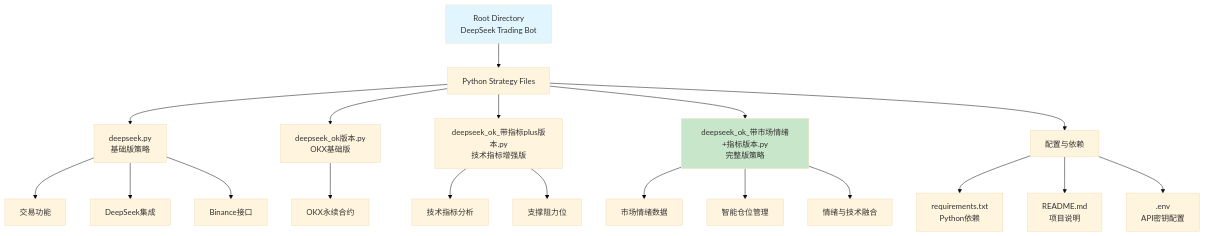
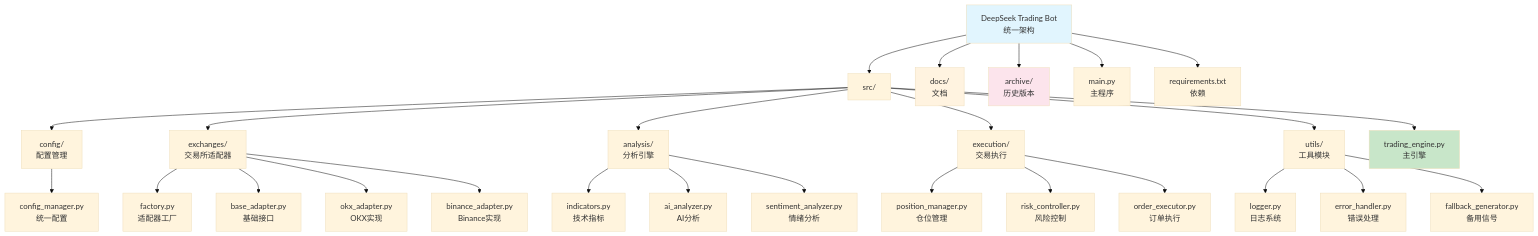
The diagram in CLAUDE.md (XYW110/ds), drawn with Mermaid (base theme) before and after one commit. The commit also changed other lines of this file and 1 other file, not shown here.

````diff
--- a/CLAUDE.md
+++ b/CLAUDE.md
@@ -23,25 +20,35 @@
 ```mermaid
 graph TD
-    A[Root Directory<br/>DeepSeek Trading Bot] --> B[Python Strategy Files]
-    B --> C[deepseek.py<br/>基础版策略]
-    B --> D[deepseek_ok版本.py<br/>OKX基础版]
-    B --> E[deepseek_ok_带指标plus版本.py<br/>技术指标增强版]
-    B --> F[deepseek_ok_带市场情绪+指标版本.py<br/>完整版策略]
-    B --> G[配置与依赖]
-    G --> H[requirements.txt<br/>Python依赖]
-    G --> I[README.md<br/>项目说明]
-    G --> J[.env<br/>API密钥配置]
+    A[DeepSeek Trading Bot<br/>统一架构] --> B[src/]
+    B --> C[config/<br/>配置管理]
+    B --> D[exchanges/<br/>交易所适配器]
+    B --> E[analysis/<br/>分析引擎]
+    B --> F[execution/<br/>交易执行]
+    B --> G[utils/<br/>工具模块]
+    B --> H[trading_engine.py<br/>主引擎]
 
-    C --> K[交易功能]
-    C --> L[DeepSeek集成]
-    C --> M[Binance接口]
-    D --> N[OKX永续合约]
-    E --> O[技术指标分析]
-    E --> P[支撑阻力位]
-    F --> Q[市场情绪数据]
-    F --> R[智能仓位管理]
-    F --> S[情绪与技术融合]
+    C --> C1[config_manager.py<br/>统一配置]
+    D --> D1[factory.py<br/>适配器工厂]
+    D --> D2[base_adapter.py<br/>基础接口]
+    D --> D3[okx_adapter.py<br/>OKX实现]
+    D --> D4[binance_adapter.py<br/>Binance实现]
+    E --> E1[indicators.py<br/>技术指标]
+    E --> E2[ai_analyzer.py<br/>AI分析]
+    E --> E3[sentiment_analyzer.py<br/>情绪分析]
+    F --> F1[position_manager.py<br/>仓位管理]
+    F --> F2[risk_controller.py<br/>风险控制]
+    F --> F3[order_executor.py<br/>订单执行]
+    G --> G1[logger.py<br/>日志系统]
+    G --> G2[error_handler.py<br/>错误处理]
+    G --> G3[fallback_generator.py<br/>备用信号]
+
+    A --> I[docs/<br/>文档]
+    A --> J[archive/<br/>历史版本]
+    A --> K[main.py<br/>主程序]
+    A --> L[requirements.txt<br/>依赖]
 
     style A fill:#e1f5fe
-    style F fill:#c8e6c9
+    style H fill:#c8e6c9
+    style I fill:#fff3e0
+    style J fill:#fce4ec
 ```
````
